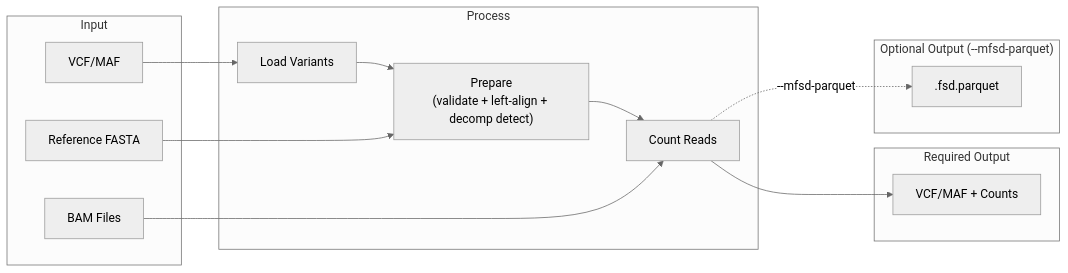
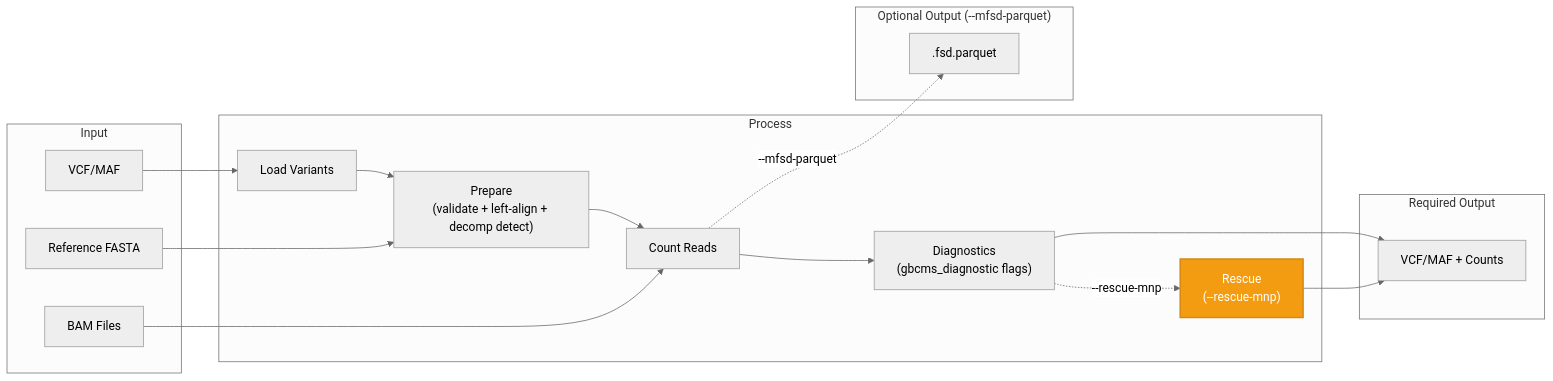
The second of 7 diagrams in docs/reference/architecture.md (msk-access/gbcms), drawn with Mermaid (neutral theme) before and after one commit. The commit also changed other lines of this file and 1 other file, not shown here.

First line of the commit message:
docs: comprehensive MNP rescue documentation in architecture + developer guide

````diff
--- a/docs/reference/architecture.md
+++ b/docs/reference/architecture.md
@@ -39,29 +39,36 @@
 ```mermaid
 flowchart LR
     subgraph Input
         VCF["VCF/MAF"]
         BAM["BAM Files"]
         FASTA["Reference FASTA"]
     end
 
     subgraph Process
         Load["Load Variants"]
         Prepare["Prepare\n(validate + left-align + decomp detect)"]
         Count["Count Reads"]
+        Diag["Diagnostics\n(gbcms_diagnostic flags)"]
+        Rescue["Rescue\n(--rescue-mnp)"]:::optional
     end
 
     subgraph Output ["Required Output"]
         Result["VCF/MAF + Counts"]
     end
 
     subgraph OptOut ["Optional Output (--mfsd-parquet)"]
         Parquet["<sample>.fsd.parquet"]
     end
 
     VCF --> Load --> Prepare
     FASTA --> Prepare
     Prepare --> Count
     BAM --> Count
-    Count --> Result
+    Count --> Diag
+    Diag -.->|"--rescue-mnp"| Rescue
+    Diag --> Result
+    Rescue --> Result
     Count -.->|"--mfsd-parquet"| Parquet
+
+    classDef optional fill:#f39c12,color:#fff,stroke:#d68910,stroke-width:2px;
 ```
````
